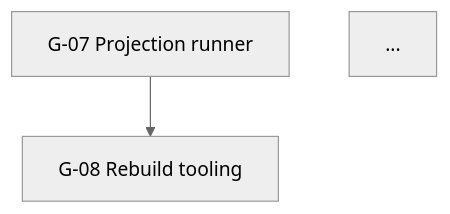
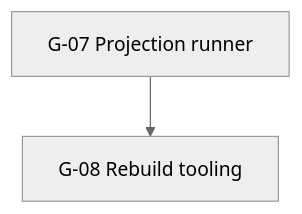
Before and after one commit to selmeci/castore: the diagram in docs/superpowers/plans/2026-04-16-castore-es-gap-analysis.md, drawn with Mermaid (neutral theme). The commit also changed other lines of this file, not shown here.

````diff
--- a/docs/superpowers/plans/2026-04-16-castore-es-gap-analysis.md
+++ b/docs/superpowers/plans/2026-04-16-castore-es-gap-analysis.md
@@ -441,5 +463,5 @@
   ```mermaid
   graph TD
     G07[G-07 Projection runner] --> G08[G-08 Rebuild tooling]
-    ...
+    %% ... add one edge per dependency from Step 2 ...
   ```
````
